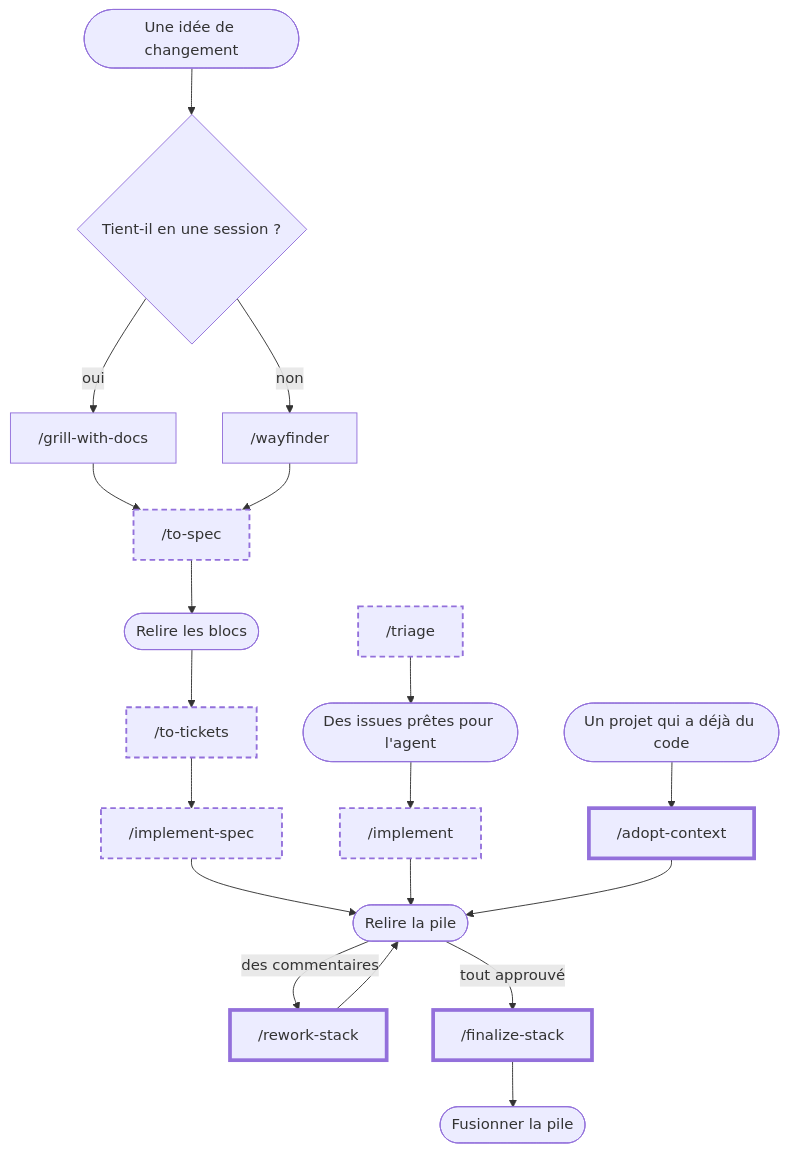
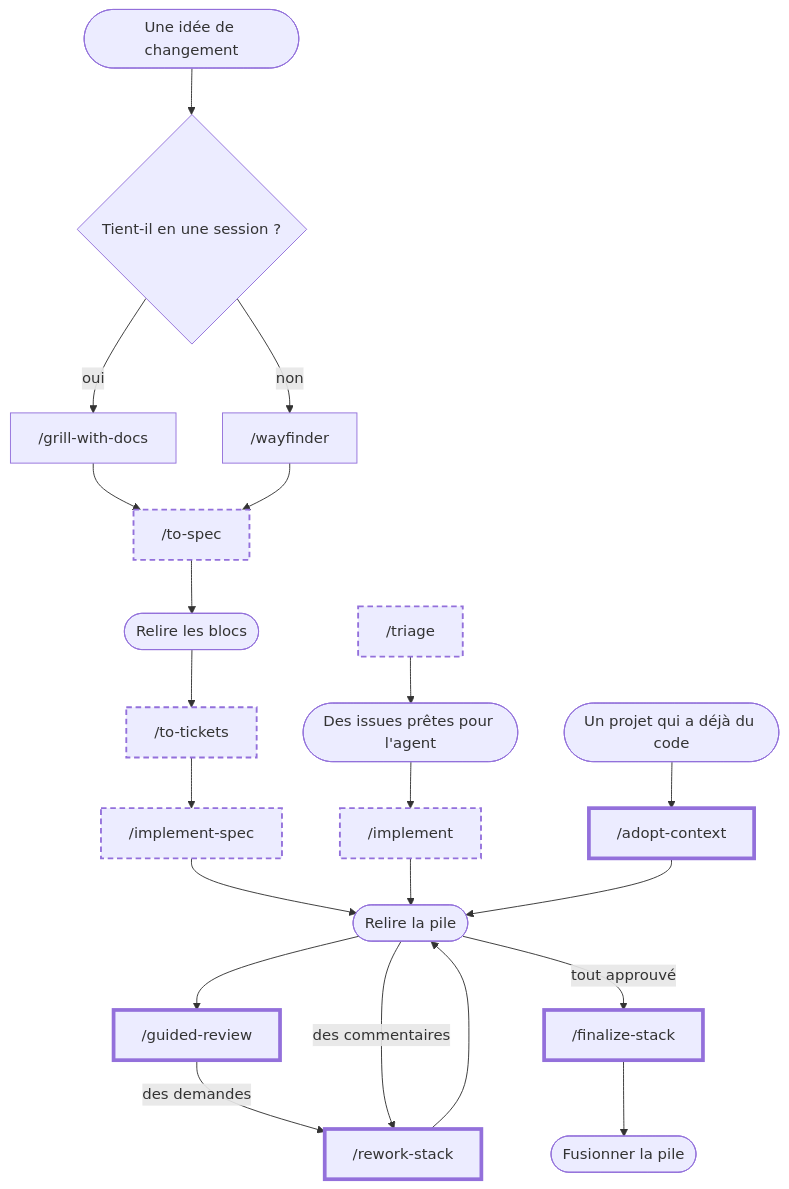
Before and after one commit to charlouze/charlouze-skills: the diagram in README.md, drawn with Mermaid. The commit also changed other lines of this file and 15 other files, not shown here.

First line of the commit message:
Ajoute la revue guidée, /guided-review

````diff
--- a/README.md
+++ b/README.md
@@ -7,26 +7,28 @@
 ```mermaid
 flowchart TD
     idee(["Une idée de changement"]) --> taille{"Tient-il en une session ?"}
     taille -- oui --> grill["/grill-with-docs"]
     taille -- non --> wayfinder["/wayfinder"]
     grill --> spec["/to-spec"]
     wayfinder --> spec
     spec --> blocs(["Relire les blocs"])
     blocs --> tickets["/to-tickets"]
     tickets --> enchainement["/implement-spec"]
     enchainement --> relecture(["Relire la pile"])
     triage["/triage"] --> issues(["Des issues prêtes pour l'agent"])
     issues --> implement["/implement"]
     implement --> relecture
     existant(["Un projet qui a déjà du code"]) --> adoption["/adopt-context"]
     adoption --> relecture
-    relecture -- "des commentaires" --> reprise["/rework-stack"]
+    relecture --> guidee["/guided-review"]
+    guidee -- "des demandes" --> reprise["/rework-stack"]
+    relecture -- "des commentaires" --> reprise
     reprise --> relecture
     relecture -- "tout approuvé" --> finalisation["/finalize-stack"]
     finalisation --> fusion(["Fusionner la pile"])
 
     classDef completee stroke-dasharray:6 4,stroke-width:2px
     classDef ajoutee stroke-width:4px
     class spec,tickets,enchainement,triage,implement completee
-    class adoption,reprise,finalisation ajoutee
+    class adoption,guidee,reprise,finalisation ajoutee
 ```
````
